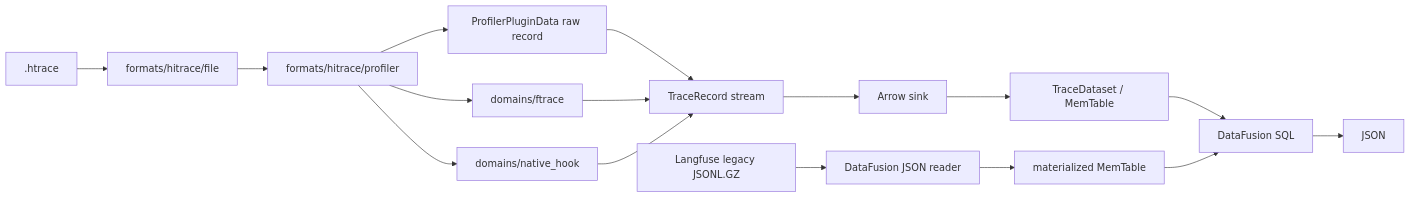
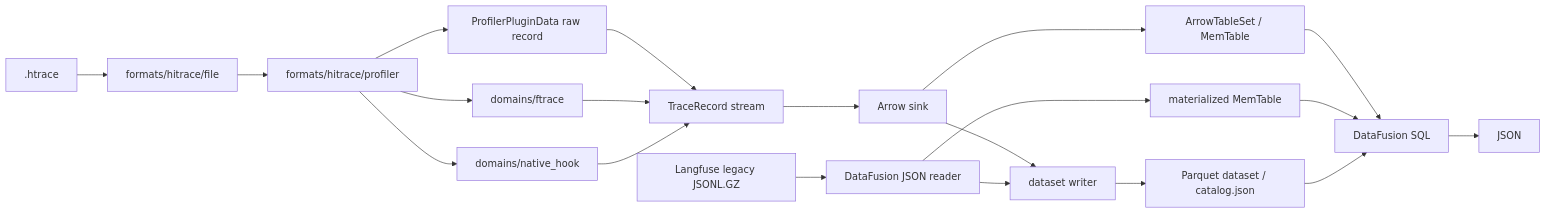
The diagram in README.md (maokelong/kat-cli), drawn with Mermaid before and after one commit. The commit also changed other lines of this file and 23 other files, not shown here.

````diff
--- a/README.md
+++ b/README.md
@@ -273,20 +273,24 @@
 ```mermaid
 flowchart LR
     H[.htrace] --> HF[formats/hitrace/file]
     HF --> HP[formats/hitrace/profiler]
     HP --> RAW[ProfilerPluginData raw record]
     HP --> FD[domains/ftrace]
     HP --> ND[domains/native_hook]
     RAW --> RS[TraceRecord stream]
     FD --> RS
     ND --> RS
     RS --> AS[Arrow sink]
-    AS --> DS[TraceDataset / MemTable]
+    AS --> AT[ArrowTableSet / MemTable]
+    AS --> DW[dataset writer]
 
     L[Langfuse legacy JSONL.GZ] --> JR[DataFusion JSON reader]
     JR --> LM[materialized MemTable]
+    JR --> DW
+    DW --> PD[Parquet dataset / catalog.json]
 
-    DS --> Q[DataFusion SQL]
+    AT --> Q[DataFusion SQL]
     LM --> Q
+    PD --> Q
     Q --> J[JSON]
 ```
````
